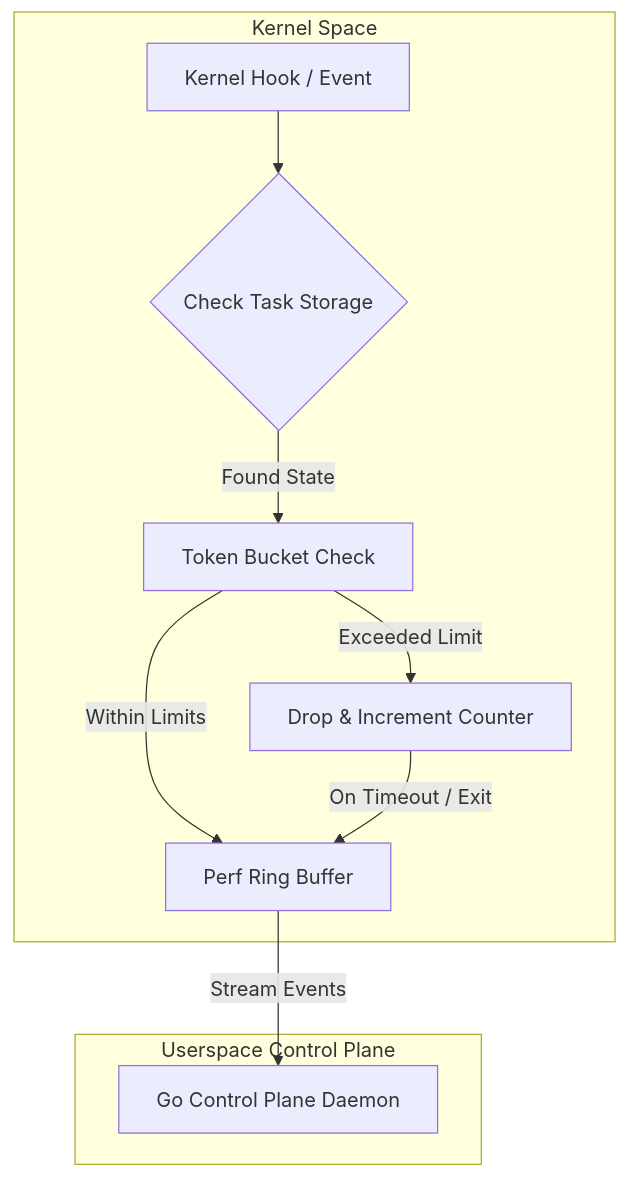
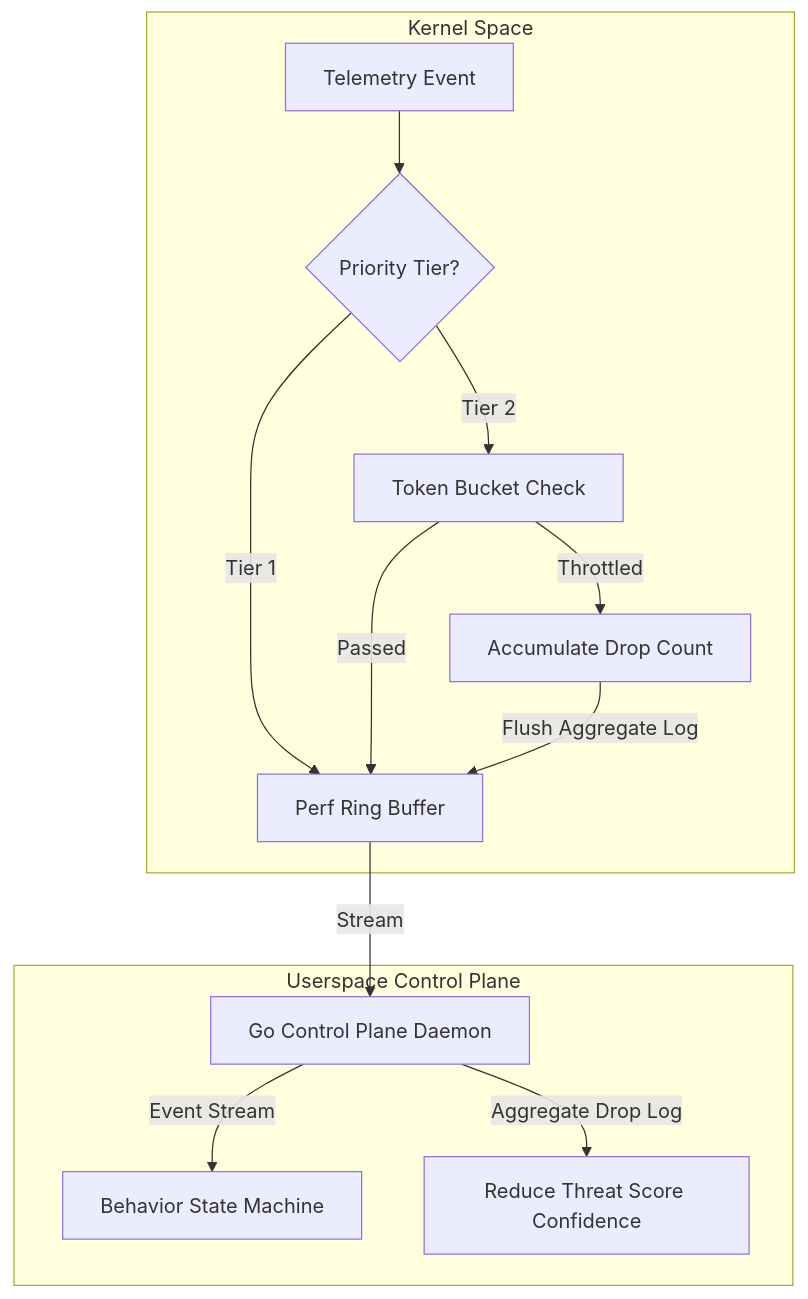
Before and after one commit to pardhuvarmax/kernel-borderlands: the diagram in docs/project/ebpf_rate_limiting_design_spec.md, drawn with Mermaid. The commit also changed other lines of this file, not shown here.

````diff
--- a/docs/project/ebpf_rate_limiting_design_spec.md
+++ b/docs/project/ebpf_rate_limiting_design_spec.md
@@ -9,21 +31,26 @@
 ```mermaid
 flowchart TD
     subgraph Kernel Space
-        Syscall[Kernel Hook / Event]
-        Lookup{Check Task Storage}
+        Event[Telemetry Event]
+        Classify{Priority Tier?}
         Bucket[Token Bucket Check]
-        Drop[Drop & Increment Counter]
+        Acc[Accumulate Drop Count]
         RB[Perf Ring Buffer]
     end
     
     subgraph Userspace Control Plane
         KBD[Go Control Plane Daemon]
+        SM[Behavior State Machine]
+        Conf[Reduce Threat Score Confidence]
     end
     
-    Syscall --> Lookup
-    Lookup -->|Found State| Bucket
-    Bucket -->|Within Limits| RB
-    Bucket -->|Exceeded Limit| Drop
-    Drop -->|On Timeout / Exit| RB
-    RB -->|Stream Events| KBD
+    Event --> Classify
+    Classify -->|Tier 1| RB
+    Classify -->|Tier 2| Bucket
+    Bucket -->|Passed| RB
+    Bucket -->|Throttled| Acc
+    Acc -->|Flush Aggregate Log| RB
+    RB -->|Stream| KBD
+    KBD -->|Event Stream| SM
+    KBD -->|Aggregate Drop Log| Conf
 ```
````
